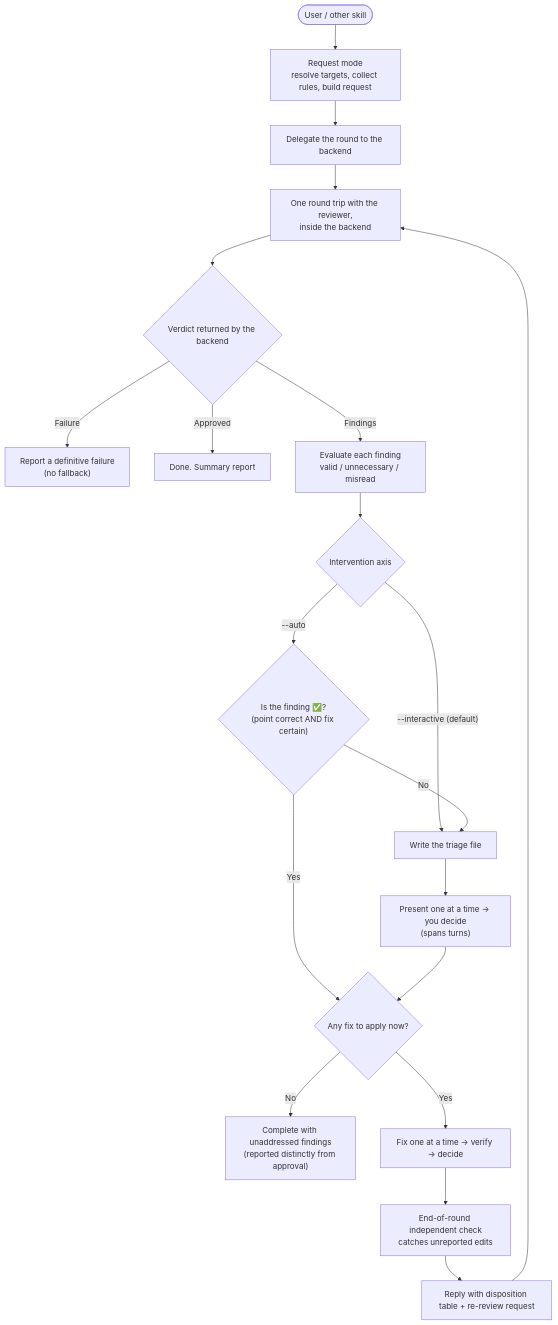
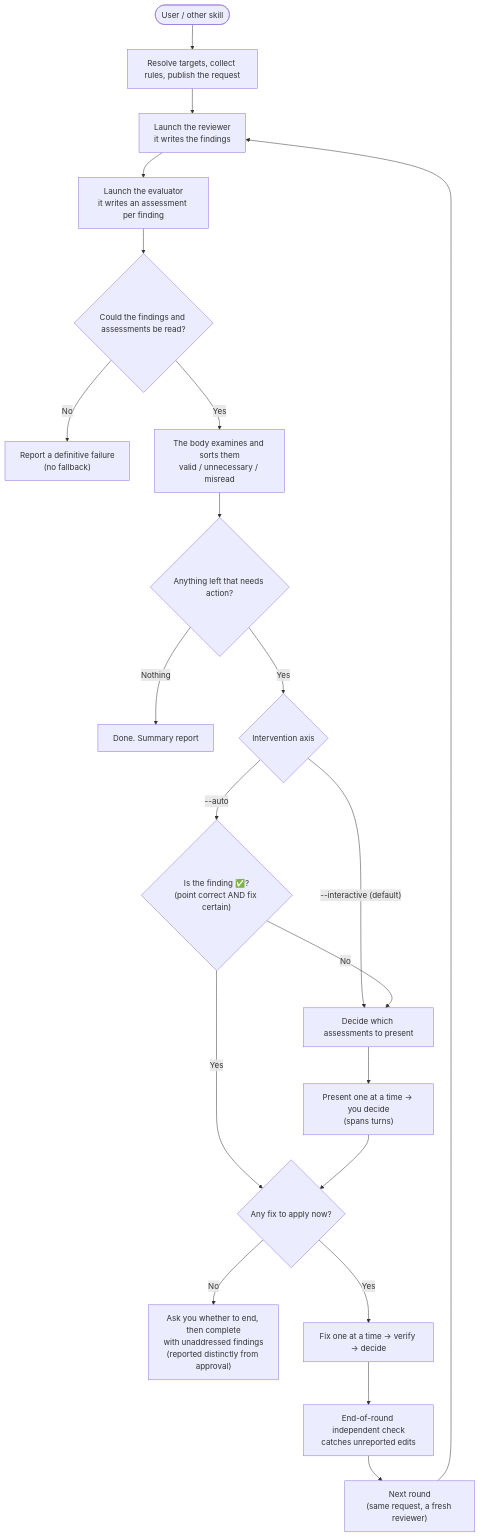
The diagram in docs/readme/forge/guide_review.md (BlueEventHorizon/bw-cc-plugins), drawn with Mermaid before and after one commit. The commit also changed other lines of this file and 26 other files, not shown here.

````diff
--- a/docs/readme/forge/guide_review.md
+++ b/docs/readme/forge/guide_review.md
@@ -171,39 +166,42 @@
 ```mermaid
 flowchart TD
     START([User / other skill]) --> REQ
 
-    REQ["Request mode<br/>resolve targets, collect rules, build request"] --> SEND
+    REQ["Resolve targets, collect rules, publish the request"] --> RV
 
-    SEND["Delegate the round to the backend"] --> WAIT
+    RV["Launch the reviewer<br/>it writes the findings"] --> EV
 
-    WAIT["One round trip with the reviewer,<br/>inside the backend"] --> RESULT
+    EV["Launch the evaluator<br/>it writes an assessment per finding"] --> READ
 
-    RESULT{Verdict returned by the backend}
-    RESULT -->|"Failure"| FAIL["Report a definitive failure<br/>(no fallback)"]
-    RESULT -->|"Approved"| DONE["Done. Summary report"]
-    RESULT -->|"Findings"| EVAL
+    READ{Could the findings and assessments be read?}
+    READ -->|"No"| FAIL["Report a definitive failure<br/>(no fallback)"]
+    READ -->|"Yes"| EXAM
 
-    EVAL["Evaluate each finding<br/>valid / unnecessary / misread"] --> MODE
+    EXAM["The body examines and sorts them<br/>valid / unnecessary / misread"] --> REMAIN
+
+    REMAIN{Anything left that needs action?}
+    REMAIN -->|"Nothing"| DONE["Done. Summary report"]
+    REMAIN -->|"Yes"| MODE
 
     MODE{Intervention axis}
     MODE -->|"--interactive (default)"| TRIAGE
     MODE -->|"--auto"| SPLIT
 
     SPLIT{"Is the finding ✅?<br/>(point correct AND fix certain)"}
     SPLIT -->|"Yes"| CONFIRM
     SPLIT -->|"No"| TRIAGE
 
-    TRIAGE["Write the triage file"] --> STEP
+    TRIAGE["Decide which assessments to present"] --> STEP
 
     STEP["Present one at a time → you decide<br/>(spans turns)"] --> CONFIRM
 
     CONFIRM{Any fix to apply now?}
-    CONFIRM -->|No| DONE2["Complete with unaddressed findings<br/>(reported distinctly from approval)"]
+    CONFIRM -->|No| DONE2["Ask you whether to end, then complete<br/>with unaddressed findings<br/>(reported distinctly from approval)"]
     CONFIRM -->|Yes| FIX
 
     FIX["Fix one at a time → verify → decide"] --> VERIFY
 
-    VERIFY["End-of-round independent check<br/>catches unreported edits"] --> REPLY
+    VERIFY["End-of-round independent check<br/>catches unreported edits"] --> NEXT
 
-    REPLY["Reply with disposition table + re-review request"] --> WAIT
+    NEXT["Next round<br/>(same request, a fresh reviewer)"] --> RV
 ```
````
